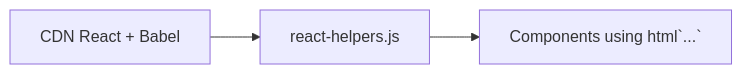
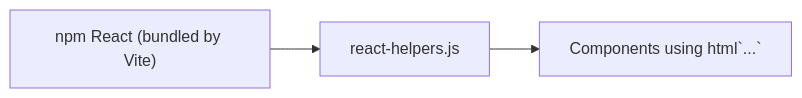
Before and after one commit to ongchonghian/universal-diagram-editor: the fourth of 14 diagrams in .qoder/repowiki/en/content/Advanced Features/Technical Implementations.md, drawn with Mermaid. The commit also changed other lines of this file and 31 other files, not shown here.

````diff
--- a/.qoder/repowiki/en/content/Advanced Features/Technical Implementations.md
+++ b/.qoder/repowiki/en/content/Advanced Features/Technical Implementations.md
@@ -201,5 +204,5 @@
 ```mermaid
 graph LR
-CDN["CDN React + Babel"] --> RH["react-helpers.js"]
+NPM["npm React (bundled by Vite)"] --> RH["react-helpers.js"]
 RH --> Cmp["Components using html`...`"]
 ```
````
